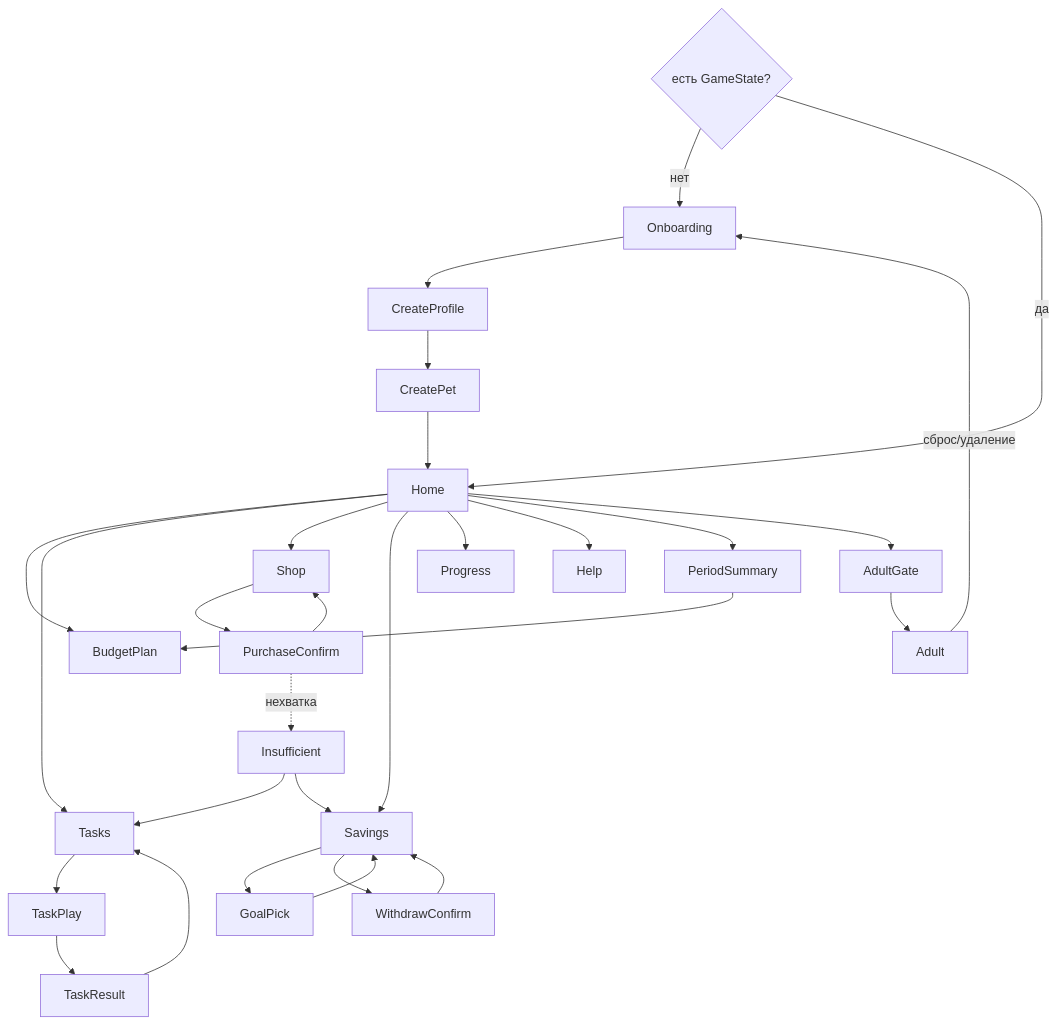
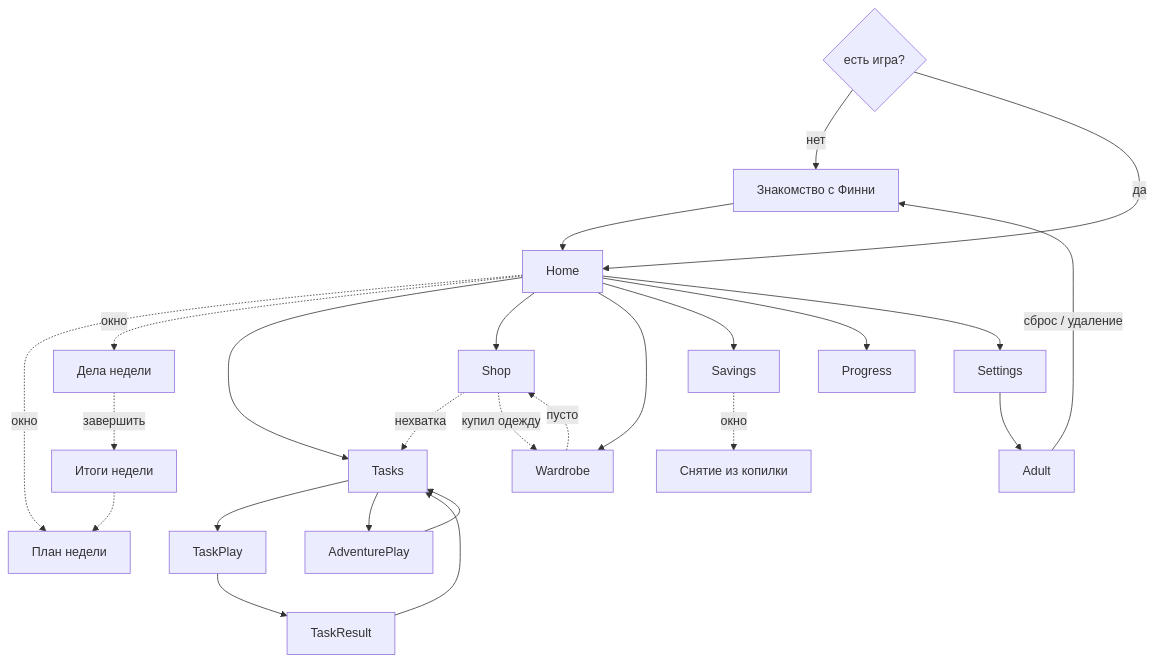
One commit to lolipokzz/finni-hackaton changed the diagram in docs/07-screens.md. Above: the diagram before and after it, drawn with Mermaid. The commit also changed other lines of this file and 11 other files, not shown here.

````diff
--- a/docs/07-screens.md
+++ b/docs/07-screens.md
@@ -5,17 +5,17 @@
 ```mermaid
 flowchart TD
-  Start{есть GameState?} -- нет --> Onboarding --> CreateProfile --> CreatePet --> Home
+  Start{есть игра?} -- нет --> Creation[Знакомство с Финни] --> Home
   Start -- да --> Home
-  Home --> BudgetPlan
+  Home -. окно .-> Plan[План недели]
+  Home -. окно .-> Deeds[Дела недели] -. завершить .-> Summary[Итоги недели] -.-> Plan
   Home --> Tasks --> TaskPlay --> TaskResult --> Tasks
-  Home --> Shop --> PurchaseConfirm --> Shop
-  PurchaseConfirm -. нехватка .-> Insufficient --> Tasks
-  Insufficient --> Savings
-  Home --> Savings --> GoalPick --> Savings
-  Savings --> WithdrawConfirm --> Savings
+  Tasks --> AdventurePlay --> Tasks
+  Home --> Shop
+  Shop -. нехватка .-> Tasks
+  Shop -. купил одежду .-> Wardrobe
+  Home --> Wardrobe -. пусто .-> Shop
+  Home --> Savings -. окно .-> Withdraw[Снятие из копилки]
   Home --> Progress
-  Home --> Help
-  Home --> PeriodSummary --> BudgetPlan
-  Home --> AdultGate --> Adult
-  Adult -- сброс/удаление --> Onboarding
+  Home --> Settings --> Adult
+  Adult -- сброс / удаление --> Creation
 ```
````
